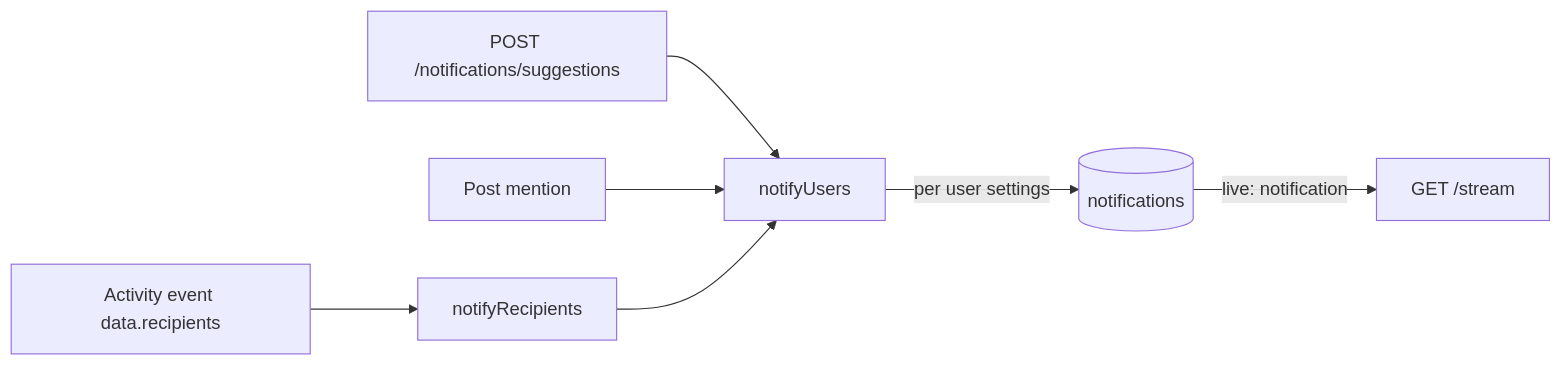
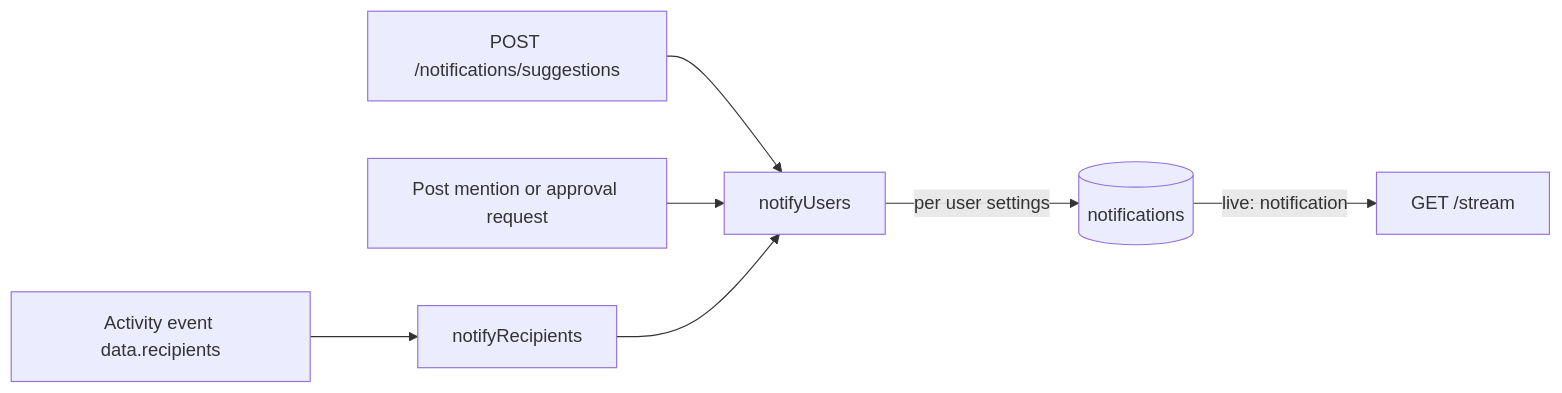
Before and after one commit to linagora/twake-space: the fourth of 5 diagrams in docs/events.md, drawn with Mermaid. The commit also changed other lines of this file and 6 other files, not shown here.

````diff
--- a/docs/events.md
+++ b/docs/events.md
@@ -395,9 +397,9 @@
 ```mermaid
 flowchart LR
   AE[Activity event data.recipients] --> NR[notifyRecipients]
   AS[POST /notifications/suggestions] --> NU[notifyUsers]
-  PM[Post mention] --> NU
+  PM[Post mention or approval request] --> NU
   NR --> NU
   NU -->|per user settings| N[(notifications)]
   N -->|live: notification| SSE[GET /stream]
 ```
````
